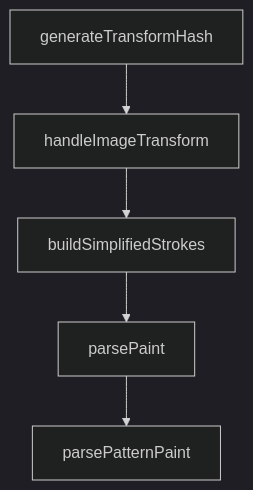
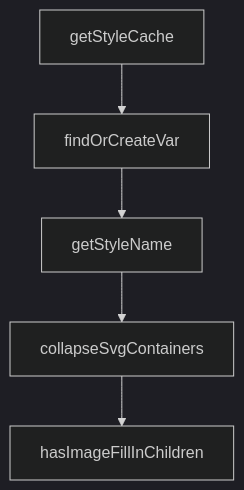
Before and after one commit to johnxie/awesome-code-docs: the diagram in tutorials/figma-context-mcp-tutorial/03-frame-targeting-and-context-scope.md, drawn with Mermaid (dark theme). The commit also changed other lines of this file and 1232 other files, not shown here.

````diff
--- a/tutorials/figma-context-mcp-tutorial/03-frame-targeting-and-context-scope.md
+++ b/tutorials/figma-context-mcp-tutorial/03-frame-targeting-and-context-scope.md
@@ -201,12 +199,12 @@
 ```mermaid
 flowchart TD
-    A[generateTransformHash]
-    B[handleImageTransform]
-    C[buildSimplifiedStrokes]
-    D[parsePaint]
-    E[parsePatternPaint]
+    A[getStyleCache]
+    B[findOrCreateVar]
+    C[getStyleName]
+    D[collapseSvgContainers]
+    E[hasImageFillInChildren]
     A --> B
     B --> C
     C --> D
     D --> E
 ```
````
